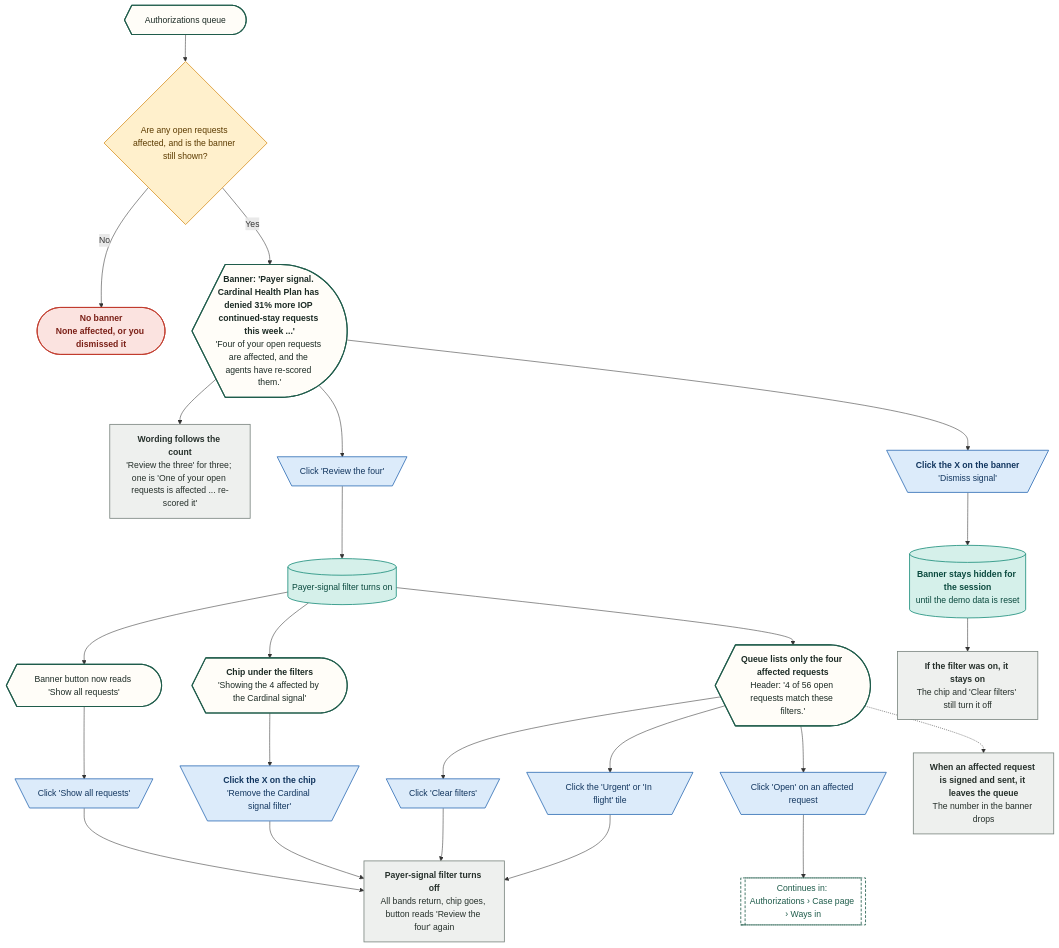
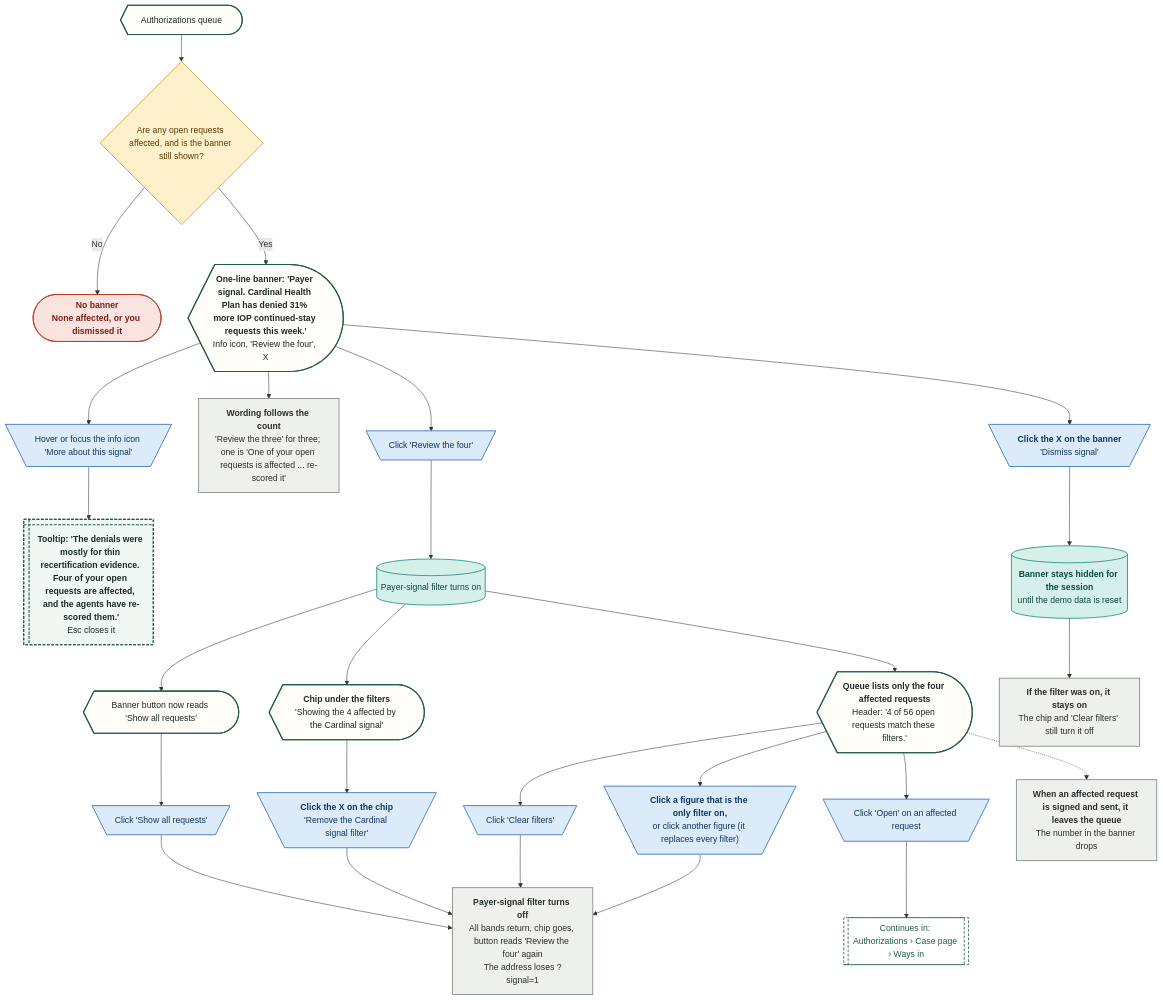
The sixth of 30 diagrams in demos/prior-auth-demo/workflows/out/md/03-authorizations.md (Shrav143/psyfloapp), drawn with Mermaid before and after one commit. The commit also changed other lines of this file and 192 other files, not shown here.

First line of the commit message:
docs: changelog by sidebar tab; README, diagrams and Settings layout aligned with the refinement; shared InfoTip; referral cost-share line

````diff
--- a/demos/prior-auth-demo/workflows/out/md/03-authorizations.md
+++ b/demos/prior-auth-demo/workflows/out/md/03-authorizations.md
@@ -367,61 +483,65 @@
 ```mermaid
 %%{init: {"theme":"base","themeVariables":{"fontFamily":"'DM Sans', 'Segoe UI', system-ui, sans-serif","fontSize":"15px","lineColor":"#5B6B63","primaryTextColor":"#1C2B25","clusterBkg":"#FBF8F3","clusterBorder":"#D9CDBB","edgeLabelBackground":"#FFFFFF"},"flowchart":{"curve":"basis","nodeSpacing":36,"rankSpacing":48,"padding":12,"htmlLabels":true,"useMaxWidth":false,"wrappingWidth":230}} }%%
 flowchart TD
   classDef k_start fill:#1F5C4B,stroke:#174638,color:#FFFFFF,stroke-width:1.5px,font-weight:600
   classDef k_end fill:#DDEFE3,stroke:#2E7D4F,color:#14502F,stroke-width:1.5px,font-weight:600
   classDef k_endx fill:#FBE3E0,stroke:#C0392B,color:#7A1F16,stroke-width:1.5px,font-weight:600
   classDef k_screen fill:#FFFDF8,stroke:#1F5C4B,color:#1C2B25,stroke-width:2px
   classDef k_overlay fill:#F1F7F3,stroke:#1F5C4B,color:#1C2B25,stroke-width:2px,stroke-dasharray:5 3
   classDef k_click fill:#DCEBFA,stroke:#2F6DB5,color:#12365F,stroke-width:1.5px
   classDef k_input fill:#E4E7FF,stroke:#4C5FD5,color:#1D2670,stroke-width:1.5px
   classDef k_process fill:#EEF0EE,stroke:#7A857F,color:#26302B,stroke-width:1.5px
   classDef k_agent fill:#EEE5FA,stroke:#7A4FC2,color:#341A63,stroke-width:1.5px
   classDef k_decision fill:#FFF0CC,stroke:#D9962B,color:#5C3B00,stroke-width:1.5px
   classDef k_store fill:#D5F0EA,stroke:#1C8E7B,color:#0B4A3F,stroke-width:1.5px
   classDef k_doc fill:#F6E9DC,stroke:#B07A4C,color:#4A2E14,stroke-width:1.5px
   classDef k_ext fill:#FFE6D2,stroke:#E07B39,color:#6B2F06,stroke-width:1.5px
   classDef k_wait fill:#E4E8EE,stroke:#6B7C93,color:#26303D,stroke-width:1.5px
   classDef k_toast fill:#FFF9DB,stroke:#C9A400,color:#5A4A00,stroke-width:1.5px
   classDef k_goto fill:#FFFFFF,stroke:#1F5C4B,color:#1F5C4B,stroke-width:1.5px,stroke-dasharray:5 3
   q@{ shape: curv-trap, label: "Authorizations queue" }
   d0@{ shape: diam, label: "Are any open requests affected, and is the banner still shown?" }
   e0@{ shape: stadium, label: "<b>No banner</b><br/>None affected, or you dismissed it" }
-  bn@{ shape: curv-trap, label: "<b>Banner: 'Payer signal. Cardinal Health Plan has denied 31% more IOP continued-stay requests this week ...'</b><br/>'Four of your open requests are affected, and the agents have re-scored them.'" }
+  bn@{ shape: curv-trap, label: "<b>One-line banner: 'Payer signal. Cardinal Health Plan has denied 31% more IOP continued-stay requests this week.'</b><br/>Info icon, 'Review the four', X" }
+  inf@{ shape: trap-t, label: "Hover or focus the info icon 'More about this signal'" }
+  tip@{ shape: win-pane, label: "<b>Tooltip: 'The denials were mostly for thin recertification evidence. Four of your open requests are affected, and the agents have re-scored them.'</b><br/>Esc closes it" }
   wd@{ shape: rect, label: "<b>Wording follows the count</b><br/>'Review the three' for three; one is 'One of your open requests is affected ... re-scored it'" }
   r@{ shape: trap-t, label: "Click 'Review the four'" }
   sf@{ shape: cyl, label: "Payer-signal filter turns on" }
   ls@{ shape: curv-trap, label: "<b>Queue lists only the four affected requests</b><br/>Header: '4 of 56 open requests match these filters.'" }
   chip@{ shape: curv-trap, label: "<b>Chip under the filters</b><br/>'Showing the 4 affected by the Cardinal signal'" }
   bb@{ shape: curv-trap, label: "Banner button now reads 'Show all requests'" }
   sa@{ shape: trap-t, label: "Click 'Show all requests'" }
   cx@{ shape: trap-t, label: "<b>Click the X on the chip</b><br/>'Remove the Cardinal signal filter'" }
   cf@{ shape: trap-t, label: "Click 'Clear filters'" }
-  tl@{ shape: trap-t, label: "Click the 'Urgent' or 'In flight' tile" }
-  off@{ shape: rect, label: "<b>Payer-signal filter turns off</b><br/>All bands return, chip goes, button reads 'Review the four' again" }
+  tl@{ shape: trap-t, label: "<b>Click a figure that is the only filter on,</b><br/>or click another figure (it replaces every filter)" }
+  off@{ shape: rect, label: "<b>Payer-signal filter turns off</b><br/>All bands return, chip goes, button reads 'Review the four' again<br/>The address loses ?signal=1" }
   dis@{ shape: trap-t, label: "<b>Click the X on the banner</b><br/>'Dismiss signal'" }
   hid@{ shape: cyl, label: "<b>Banner stays hidden for the session</b><br/>until the demo data is reset" }
   stay@{ shape: rect, label: "<b>If the filter was on, it stays on</b><br/>The chip and 'Clear filters' still turn it off" }
   op@{ shape: trap-t, label: "Click 'Open' on an affected request" }
   gC@{ shape: subproc, label: "Continues in: Authorizations › Case page › Ways in" }
   sh@{ shape: rect, label: "<b>When an affected request is signed and sent, it leaves the queue</b><br/>The number in the banner drops" }
   q --> d0
   d0 -->|"No"| e0
   d0 -->|"Yes"| bn --> wd
+  bn --> inf --> tip
   bn --> r --> sf --> ls
   sf --> chip
   sf --> bb
   bb --> sa --> off
   chip --> cx --> off
   ls --> cf --> off
   ls --> tl --> off
   bn --> dis --> hid --> stay
   ls --> op --> gC
   ls -.-> sh
   class q,bn,ls,chip,bb k_screen
   class d0 k_decision
   class e0 k_endx
+  class inf,r,sa,cx,cf,tl,dis,op k_click
+  class tip k_overlay
   class wd,off,stay,sh k_process
-  class r,sa,cx,cf,tl,dis,op k_click
   class sf,hid k_store
   class gC k_goto
 ```
````
